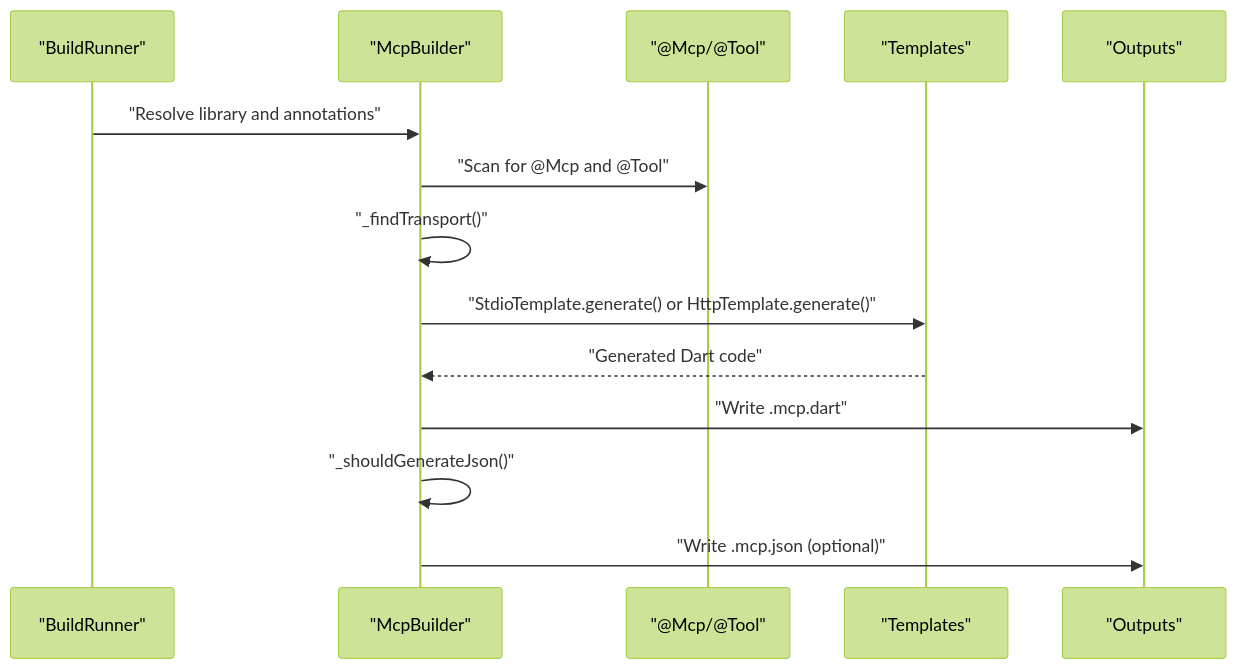
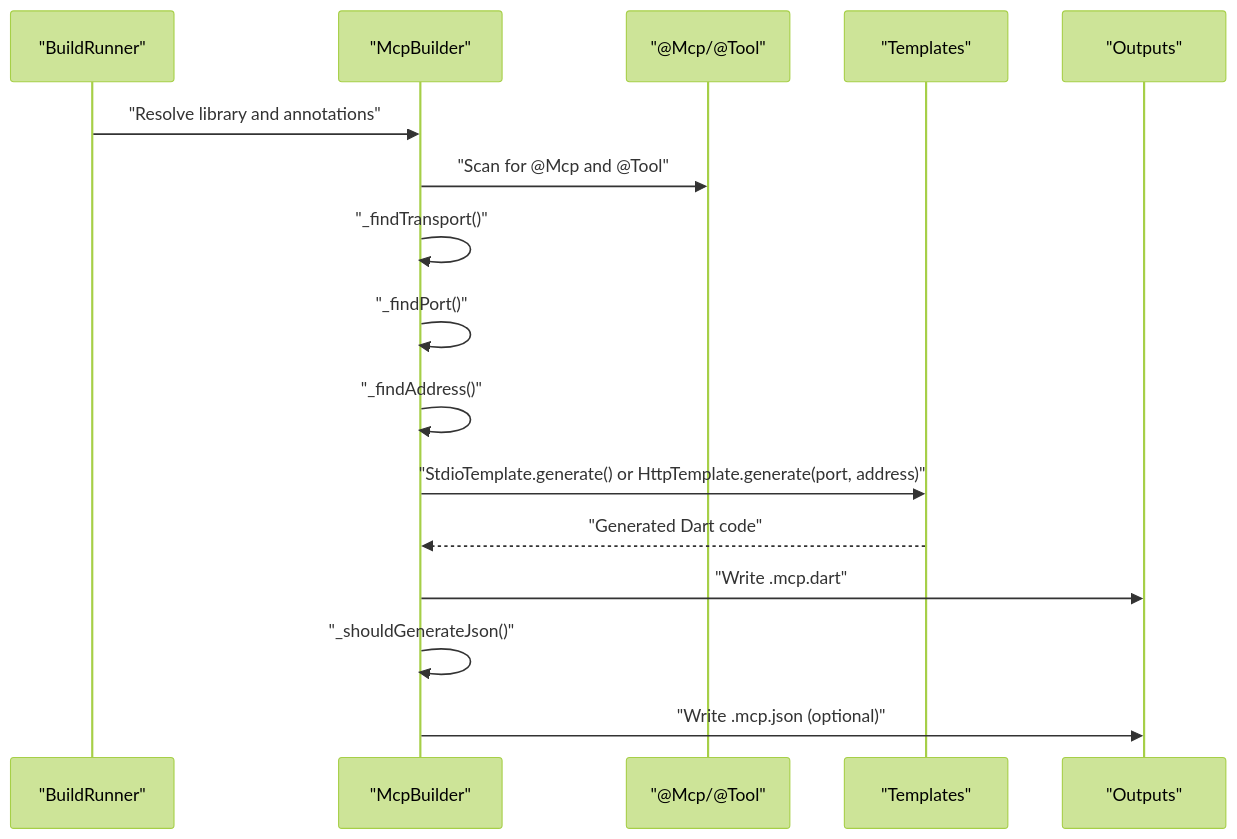
One commit to cdavis-code/easy_mcp_workspace changed the second of 4 diagrams in .qoder/repowiki/en/content/Annotations Reference/@Mcp Annotation.md. Above: the diagram before and after it, drawn with Mermaid (forest theme). The commit also changed other lines of this file and 14 other files, not shown here.

````diff
--- a/.qoder/repowiki/en/content/Annotations Reference/@Mcp Annotation.md
+++ b/.qoder/repowiki/en/content/Annotations Reference/@Mcp Annotation.md
@@ -109,16 +120,18 @@
 ```mermaid
 sequenceDiagram
 participant BR as "BuildRunner"
 participant MB as "McpBuilder"
 participant AN as "@Mcp/@Tool"
 participant TM as "Templates"
 participant OUT as "Outputs"
 BR->>MB : "Resolve library and annotations"
 MB->>AN : "Scan for @Mcp and @Tool"
 MB->>MB : "_findTransport()"
-MB->>TM : "StdioTemplate.generate() or HttpTemplate.generate()"
+MB->>MB : "_findPort()"
+MB->>MB : "_findAddress()"
+MB->>TM : "StdioTemplate.generate() or HttpTemplate.generate(port, address)"
 TM-->>MB : "Generated Dart code"
 MB->>OUT : "Write .mcp.dart"
 MB->>MB : "_shouldGenerateJson()"
 MB->>OUT : "Write .mcp.json (optional)"
 ```
````
